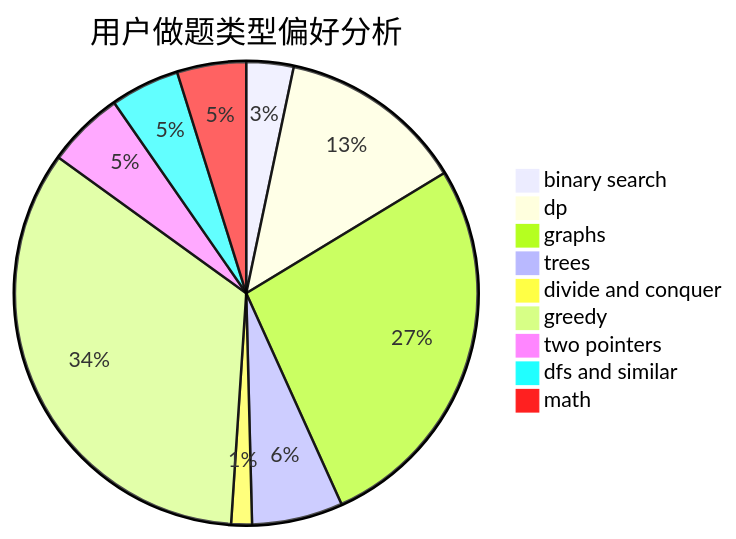
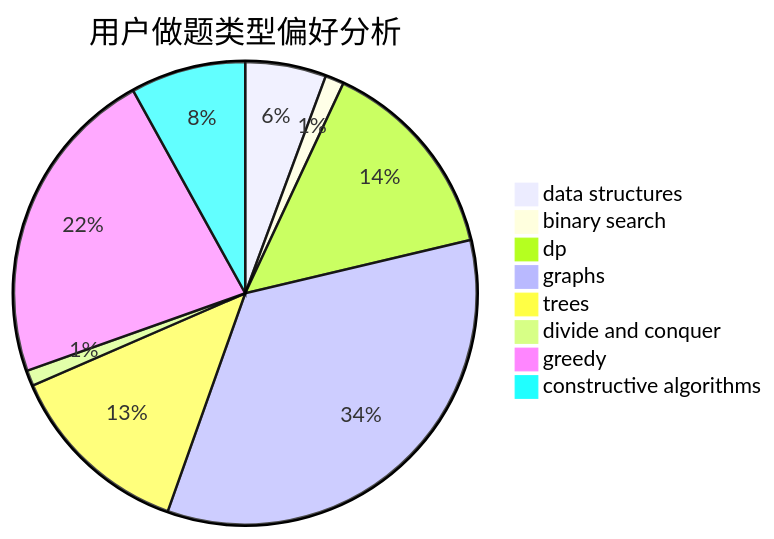
Before and after one commit to sherpahu/cfrs.github.io: the second of 3 diagrams in docs/user/u746.md, drawn with Mermaid. The commit also changed other lines of this file and 2775 other files, not shown here.

````diff
--- a/docs/user/u746.md
+++ b/docs/user/u746.md
@@ -23,12 +23,11 @@
 ```mermaid
 pie title 用户做题类型偏好分析
-    "binary search" :  41
-    "dp" :  162
-    "graphs" :  335
-    "trees" :  79
-    "divide and conquer" :  18
-    "greedy" :  422
-    "two pointers" :  67
-    "dfs and similar" :  60
-    "math" :  60
+    "data structures" :  26
+    "binary search" :  6
+    "dp" :  66
+    "graphs" :  157
+    "trees" :  60
+    "divide and conquer" :  5
+    "greedy" :  103
+    "constructive algorithms" :  37
 ```
````
